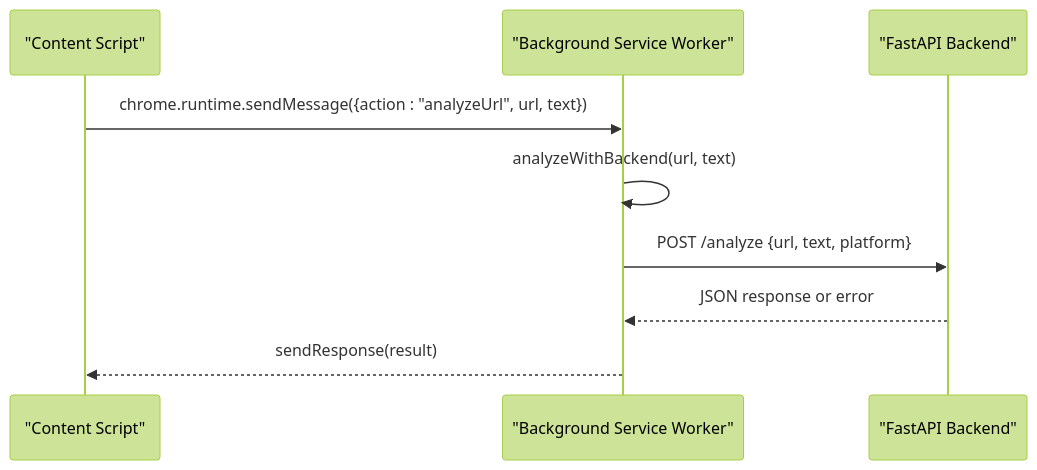
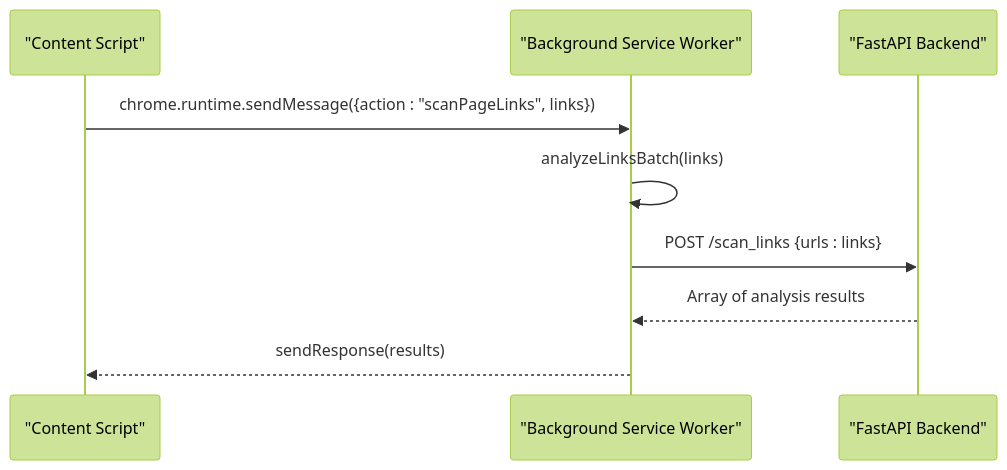
Before and after one commit to Aymanaahh/scrollguard-ai: the fourth of 7 diagrams in .qoder/repowiki/en/content/System Architecture.md, drawn with Mermaid (forest theme). The commit also changed other lines of this file and 36 other files, not shown here.

````diff
--- a/.qoder/repowiki/en/content/System Architecture.md
+++ b/.qoder/repowiki/en/content/System Architecture.md
@@ -200,11 +199,11 @@
 ```mermaid
 sequenceDiagram
 participant CS as "Content Script"
 participant SW as "Background Service Worker"
 participant BE as "FastAPI Backend"
-CS->>SW : chrome.runtime.sendMessage({action : "analyzeUrl", url, text})
-SW->>SW : analyzeWithBackend(url, text)
-SW->>BE : POST /analyze {url, text, platform}
-BE-->>SW : JSON response or error
-SW-->>CS : sendResponse(result)
+CS->>SW : chrome.runtime.sendMessage({action : "scanPageLinks", links})
+SW->>SW : analyzeLinksBatch(links)
+SW->>BE : POST /scan_links {urls : links}
+BE-->>SW : Array of analysis results
+SW-->>CS : sendResponse(results)
 ```
````
